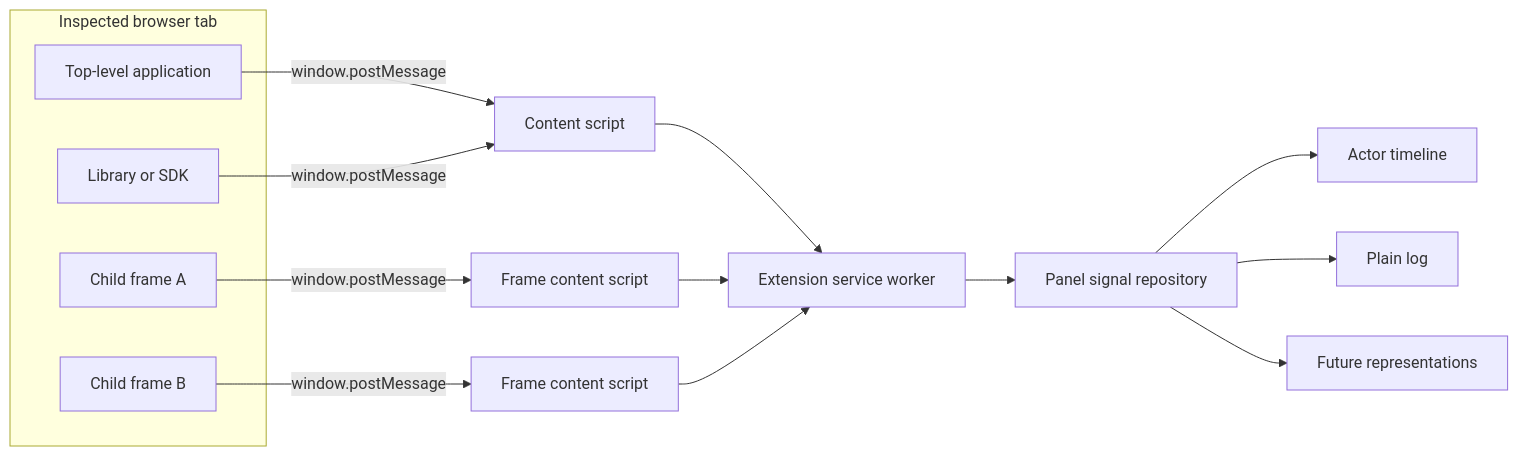
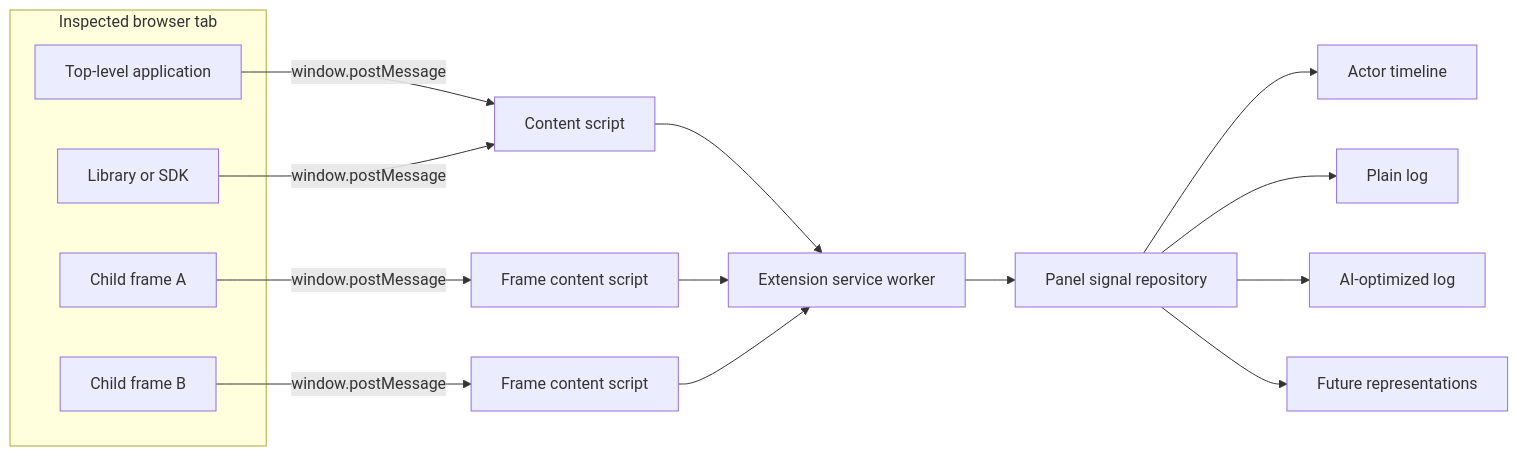
The diagram in koshko-inspector-requirements.md (Morjodrom/koshko), drawn with Mermaid before and after one commit. The commit also changed other lines of this file and 11 other files, not shown here.

Commit message:
extension: add AI-optimized log tab

````diff
--- a/koshko-inspector-requirements.md
+++ b/koshko-inspector-requirements.md
@@ -85,23 +86,24 @@
 ```mermaid
 flowchart LR
     subgraph inspected[Inspected browser tab]
         host[Top-level application]
         sdk[Library or SDK]
         frameA[Child frame A]
         frameB[Child frame B]
     end
 
     host -->|window.postMessage| contentHost[Content script]
     sdk -->|window.postMessage| contentHost
     frameA -->|window.postMessage| contentA[Frame content script]
     frameB -->|window.postMessage| contentB[Frame content script]
 
     contentHost --> router[Extension service worker]
     contentA --> router
     contentB --> router
 
     router --> repository[Panel signal repository]
     repository --> timeline[Actor timeline]
     repository --> logs[Plain log]
+    repository --> ai[AI-optimized log]
     repository --> future[Future representations]
 ```
````
